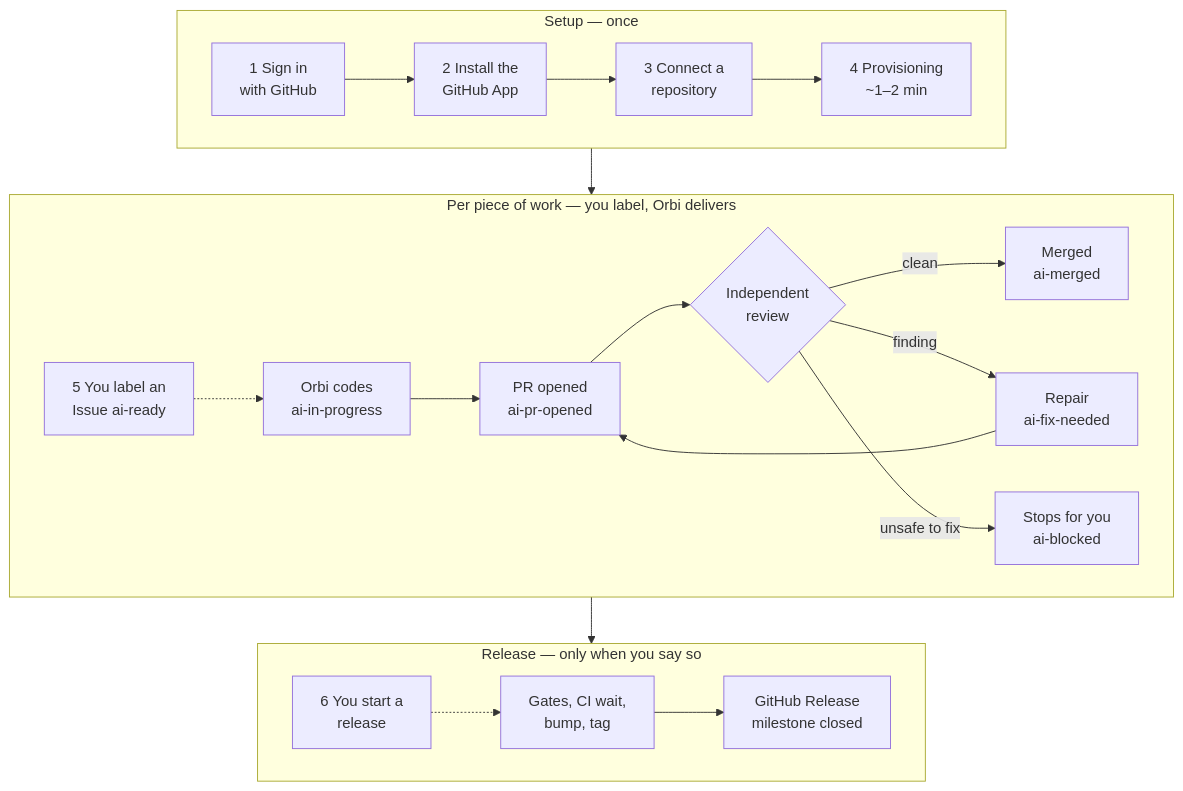
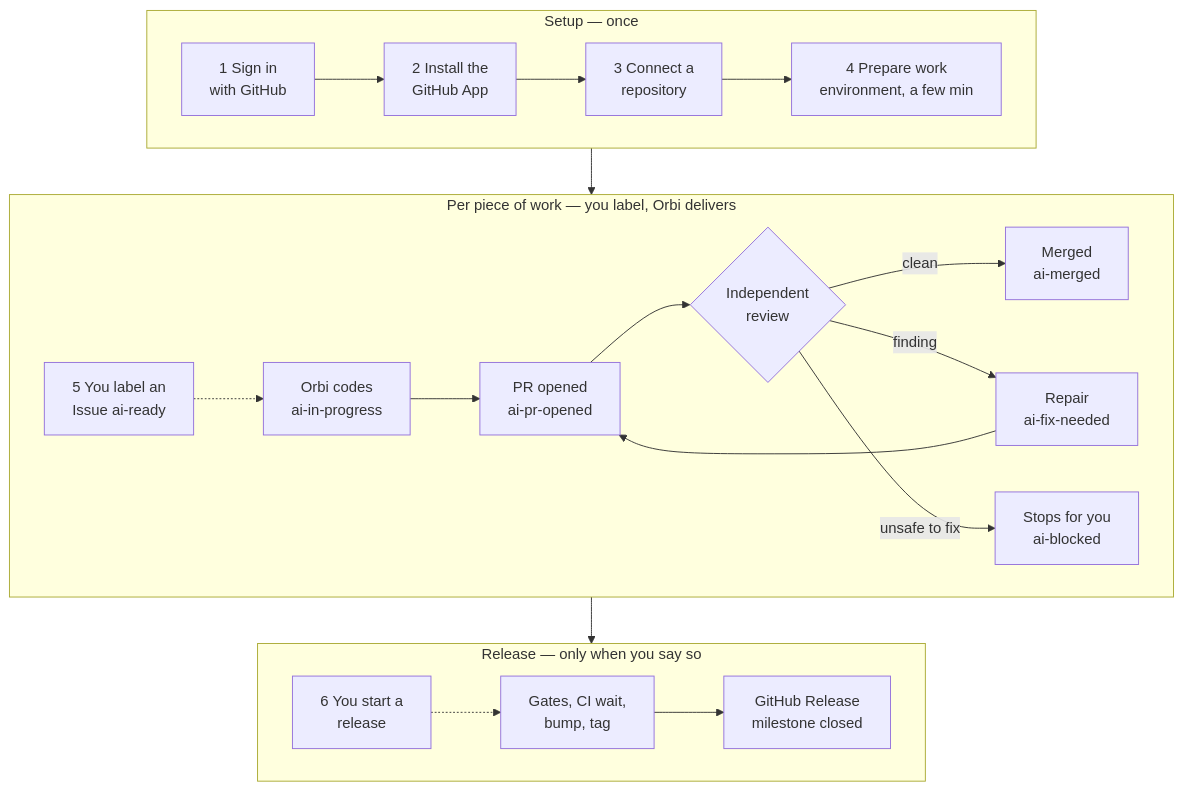
Before and after one commit to orbi-build/orbi-cloud-docs: the first of 2 diagrams in index.mdx, drawn with Mermaid. The commit also changed other lines of this file and 65 other files, not shown here.

First line of the commit message:
按 v0.7.12 的界面更新全部文档与截图（中英）

````diff
--- a/index.mdx
+++ b/index.mdx
@@ -18,22 +18,22 @@
 ```mermaid
 flowchart TD
   subgraph setup["Setup — once"]
     direction LR
-    s1["1 Sign in<br/>with GitHub"] --> s2["2 Install the<br/>GitHub App"] --> s3["3 Connect a<br/>repository"] --> s4["4 Provisioning<br/>~1–2 min"]
+    s1["1 Sign in<br/>with GitHub"] --> s2["2 Install the<br/>GitHub App"] --> s3["3 Connect a<br/>repository"] --> s4["4 Prepare work<br/>environment, a few min"]
   end
 
   subgraph work["Per piece of work — you label, Orbi delivers"]
     direction LR
     w1["5 You label an<br/>Issue ai-ready"] -.-> w2["Orbi codes<br/>ai-in-progress"] --> w3["PR opened<br/>ai-pr-opened"] --> w4{"Independent<br/>review"}
     w4 -->|clean| w5["Merged<br/>ai-merged"]
     w4 -->|finding| w6["Repair<br/>ai-fix-needed"] --> w3
     w4 -->|unsafe to fix| w7["Stops for you<br/>ai-blocked"]
   end
 
   subgraph rel["Release — only when you say so"]
     direction LR
     r1["6 You start a<br/>release"] -.-> r2["Gates, CI wait,<br/>bump, tag"] --> r3["GitHub Release<br/>milestone closed"]
   end
 
   setup --> work --> rel
 ```
````
